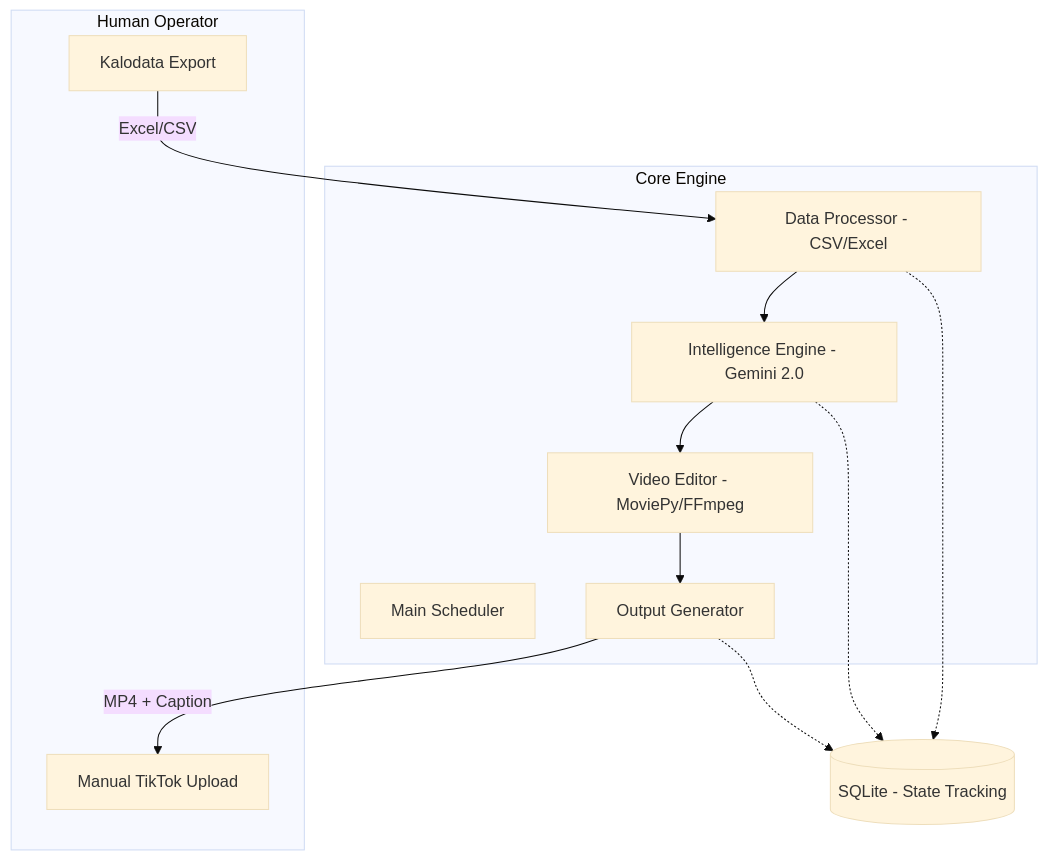
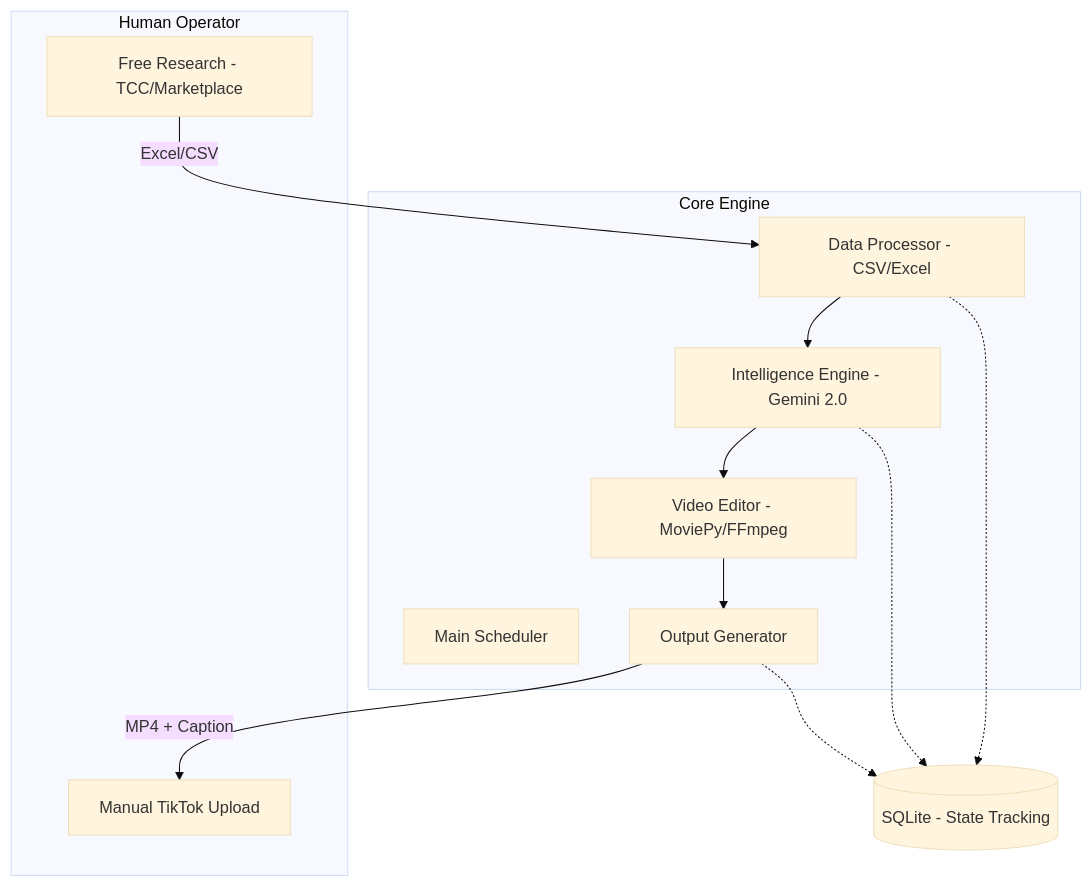
The diagram in docs/LLD.md (wayangalihpratama/autoffiliate), drawn with Mermaid (base theme) before and after one commit. The commit also changed other lines of this file and 2 other files, not shown here.

Commit message:
[#8] docs: add TikTok Shop Marketplace sourcing method

````diff
--- a/docs/LLD.md
+++ b/docs/LLD.md
@@ -28,27 +28,27 @@
 ```mermaid
 graph TD
     subgraph "Human Operator"
-        Kalodata[Kalodata Export]
+        Marketplace[Free Research - TCC/Marketplace]
         ManualPost[Manual TikTok Upload]
     end
 
     subgraph "Core Engine"
         Runner[Main Scheduler]
         Processor[Data Processor - CSV/Excel]
         AI[Intelligence Engine - Gemini 2.0]
         Editor[Video Editor - MoviePy/FFmpeg]
         OutputGen[Output Generator]
     end
 
     Database[(SQLite - State Tracking)]
 
-    Kalodata -->|Excel/CSV| Processor
+    Marketplace -->|Excel/CSV| Processor
     Processor --> AI
     AI --> Editor
     Editor --> OutputGen
     OutputGen -->|MP4 + Caption| ManualPost
 
     Processor -.-> Database
     AI -.-> Database
     OutputGen -.-> Database
 ```
````
